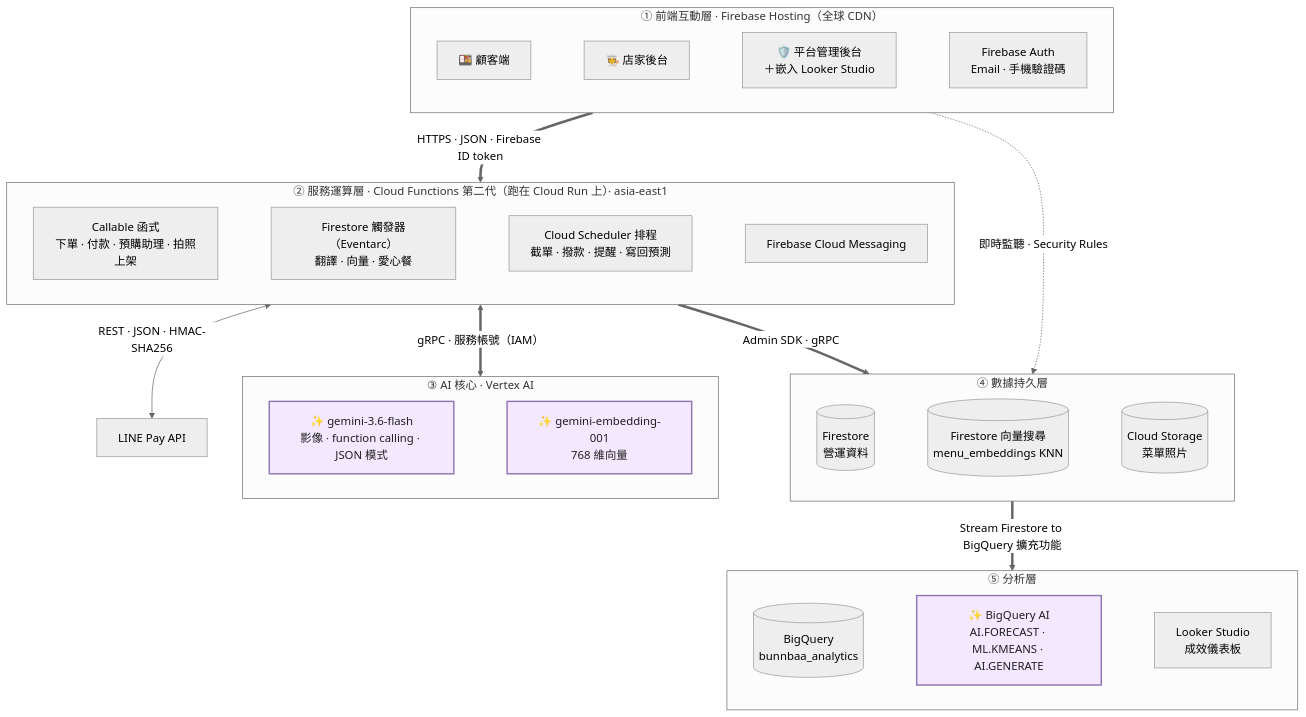
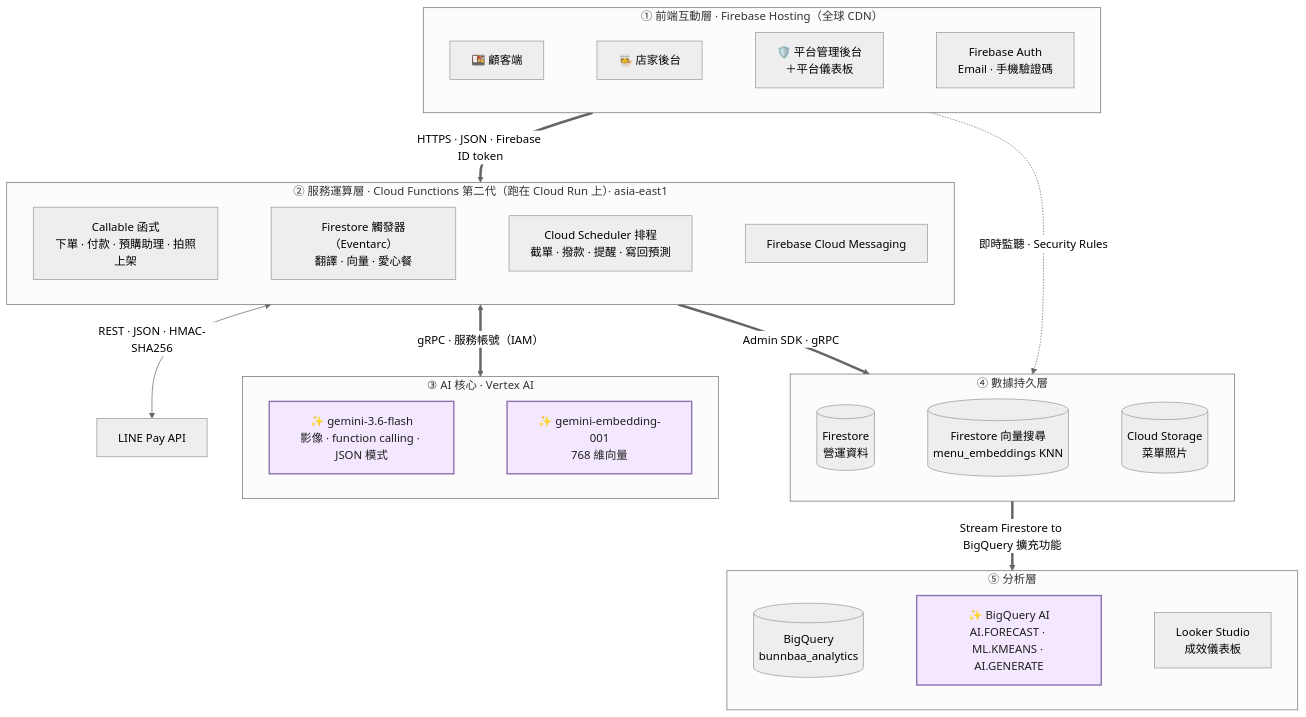
One commit to Donna12301230/bunnbaa-mvp changed the first of 2 diagrams in README.zh-TW.md. Above: the diagram before and after it, drawn with Mermaid (neutral theme). The commit also changed other lines of this file and 21 other files, not shown here.

````diff
--- a/README.zh-TW.md
+++ b/README.zh-TW.md
@@ -70,56 +70,56 @@
 ```mermaid
 flowchart TB
   subgraph L1["① 前端互動層 · Firebase Hosting（全球 CDN）"]
     direction LR
     D["🍱 顧客端"]
     V["🧑‍🍳 店家後台"]
-    A["🛡️ 平台管理後台<br/>＋嵌入 Looker Studio"]
+    A["🛡️ 平台管理後台<br/>＋平台儀表板"]
     AUTH["Firebase Auth<br/>Email · 手機驗證碼"]
   end
 
   subgraph L2["② 服務運算層 · Cloud Functions 第二代（跑在 Cloud Run 上）· asia-east1"]
     direction LR
     CALL["Callable 函式<br/>下單 · 付款 · 預購助理 · 拍照上架"]
     TRIG["Firestore 觸發器（Eventarc）<br/>翻譯 · 向量 · 愛心餐"]
     SCH["Cloud Scheduler 排程<br/>截單 · 撥款 · 提醒 · 寫回預測"]
     FCM["Firebase Cloud Messaging"]
   end
 
   LP["LINE Pay API"]
 
   subgraph L3["③ AI 核心 · Vertex AI"]
     direction LR
     GEM["✨ gemini-3.6-flash<br/>影像 · function calling · JSON 模式"]
     EMB["✨ gemini-embedding-001<br/>768 維向量"]
   end
 
   subgraph L4["④ 數據持久層"]
     direction LR
     FS[("Firestore<br/>營運資料")]
     VEC[("Firestore 向量搜尋<br/>menu_embeddings KNN")]
     GCS[("Cloud Storage<br/>菜單照片")]
   end
 
   subgraph L5["⑤ 分析層"]
     direction LR
     BQ[("BigQuery<br/>bunnbaa_analytics")]
     BQAI["✨ BigQuery AI<br/>AI.FORECAST · ML.KMEANS · AI.GENERATE"]
     LS["Looker Studio<br/>成效儀表板"]
   end
 
   D ~~~ V ~~~ A ~~~ AUTH
   CALL ~~~ TRIG ~~~ SCH ~~~ FCM
   GEM ~~~ EMB
   FS ~~~ VEC ~~~ GCS
   BQ ~~~ BQAI ~~~ LS
 
   L1 ==>|"HTTPS · JSON · Firebase ID token"| L2
   L2 <-->|"REST · JSON · HMAC-SHA256"| LP
   L2 <==>|"gRPC · 服務帳號（IAM）"| L3
   L2 ==>|"Admin SDK · gRPC"| L4
   L1 -.->|"即時監聽 · Security Rules"| L4
   L4 ==>|"Stream Firestore to BigQuery 擴充功能"| L5
 
   classDef ai fill:#f3e8ff,stroke:#8E75B2,stroke-width:2px,color:#1f1f1f
   class GEM,EMB,BQAI ai
 ```
````
